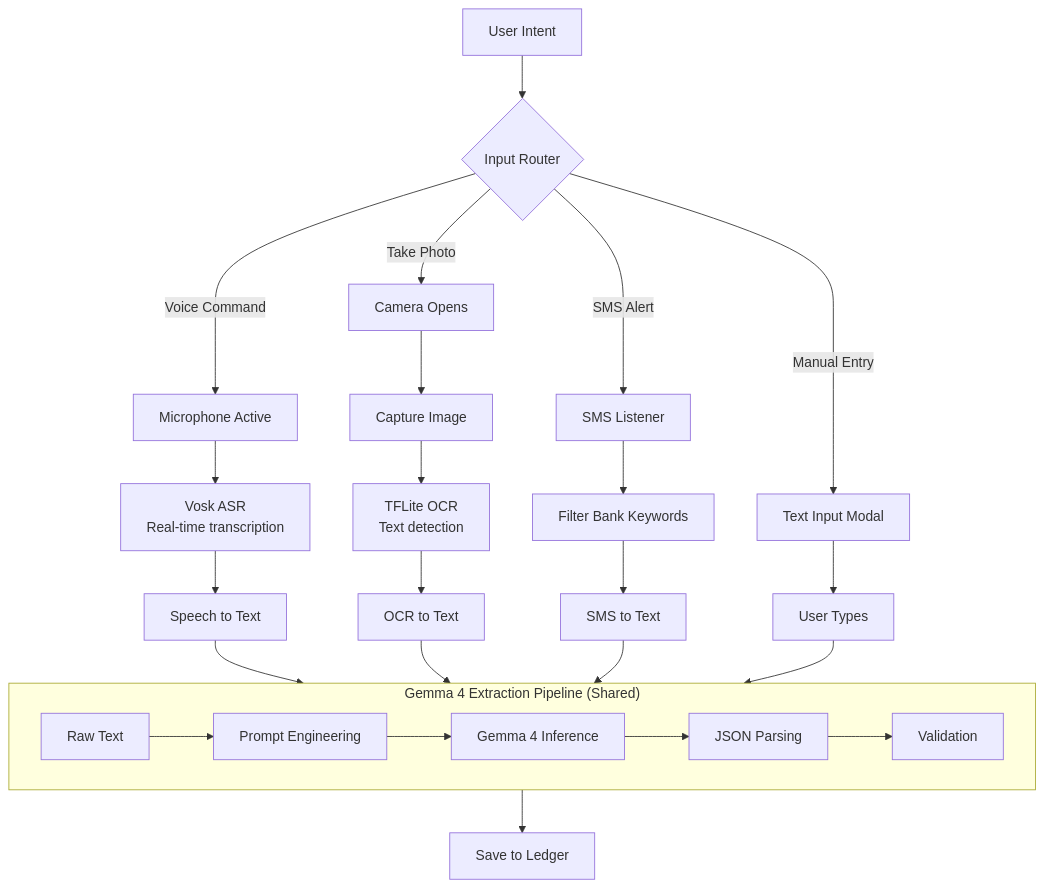
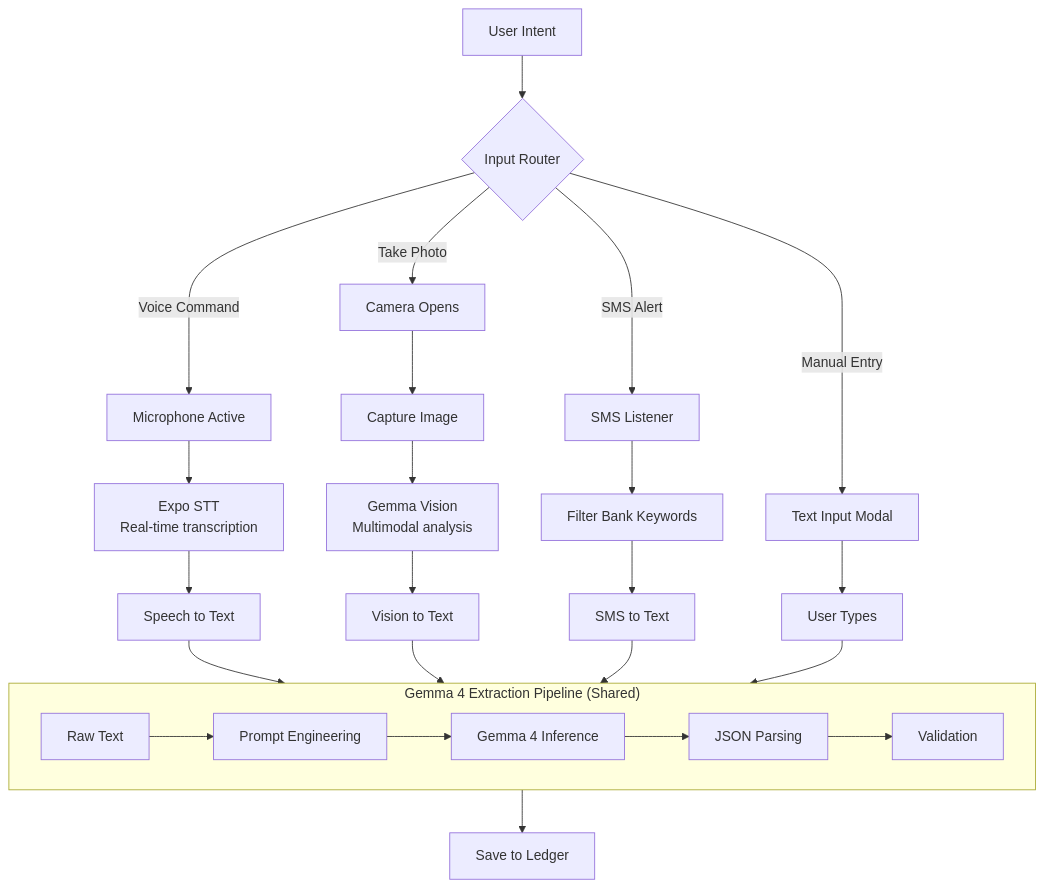
One commit to relativity-codes/Ledger changed the third of 10 diagrams in project-docs/ledger-aI-workflow-mermaid-diagrams.md. Above: the diagram before and after it, drawn with Mermaid. The commit also changed other lines of this file and 4 other files, not shown here.

````diff
--- a/project-docs/ledger-aI-workflow-mermaid-diagrams.md
+++ b/project-docs/ledger-aI-workflow-mermaid-diagrams.md
@@ -115,37 +115,37 @@
 ```mermaid
 flowchart TD
 
     Input[User Intent] --> Router{Input Router}
 
     Router -->|Voice Command| V1[Microphone Active]
-    V1 --> V2["Vosk ASR<br/>Real-time transcription"]
+    V1 --> V2["Expo STT<br/>Real-time transcription"]
     V2 --> V3["Speech to Text"]
     V3 --> Common
 
     Router -->|Take Photo| C1[Camera Opens]
     C1 --> C2[Capture Image]
-    C2 --> C3["TFLite OCR<br/>Text detection"]
-    C3 --> C4["OCR to Text"]
+    C2 --> C3["Gemma Vision<br/>Multimodal analysis"]
+    C3 --> C4["Vision to Text"]
     C4 --> Common
 
     Router -->|SMS Alert| S1[SMS Listener]
     S1 --> S2[Filter Bank Keywords]
     S2 --> S3["SMS to Text"]
     S3 --> Common
 
     Router -->|Manual Entry| M1[Text Input Modal]
     M1 --> M2[User Types]
     M2 --> Common
 
     subgraph Common["Gemma 4 Extraction Pipeline (Shared)"]
         direction LR
 
         E1[Raw Text]
         E1 --> E2[Prompt Engineering]
         E2 --> E3[Gemma 4 Inference]
         E3 --> E4[JSON Parsing]
         E4 --> E5[Validation]
     end
 
     Common --> Save[Save to Ledger]
 ```
````
